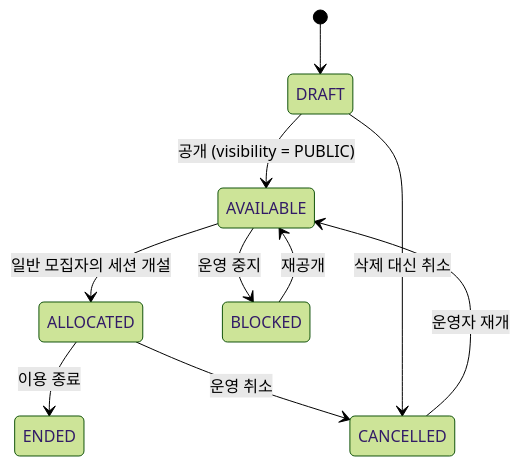
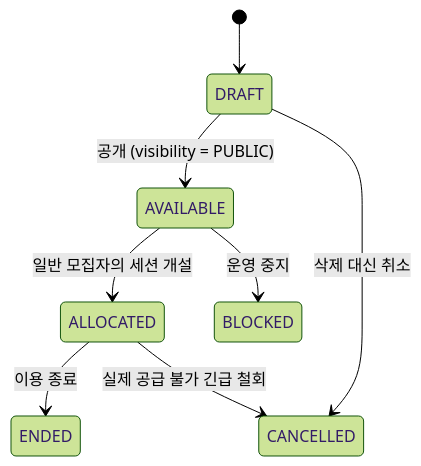
The sixth of 6 diagrams in docs/04-erd.md (jsl0319/tennis-mate), drawn with Mermaid (forest theme) before and after one commit. The commit also changed other lines of this file and 5 other files, not shown here.

````diff
--- a/docs/04-erd.md
+++ b/docs/04-erd.md
@@ -949,12 +1002,10 @@
 ```mermaid
 stateDiagram-v2
     [*] --> DRAFT
     DRAFT --> AVAILABLE: 공개 (visibility = PUBLIC)
     AVAILABLE --> ALLOCATED: 일반 모집자의 세션 개설
     AVAILABLE --> BLOCKED: 운영 중지
     ALLOCATED --> ENDED: 이용 종료
-    ALLOCATED --> CANCELLED: 운영 취소
-    BLOCKED --> AVAILABLE: 재공개
-    CANCELLED --> AVAILABLE: 운영자 재개
+    ALLOCATED --> CANCELLED: 실제 공급 불가 긴급 철회
     DRAFT --> CANCELLED: 삭제 대신 취소
 ```
````
